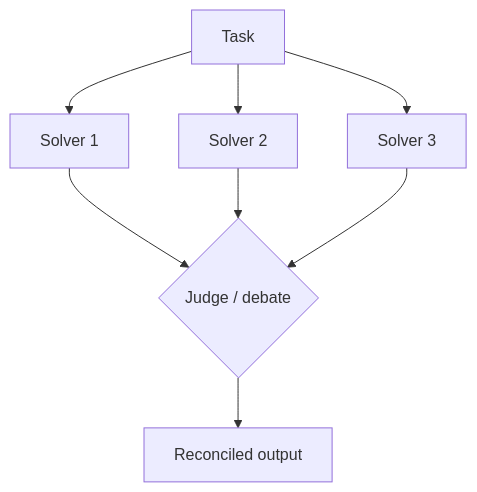
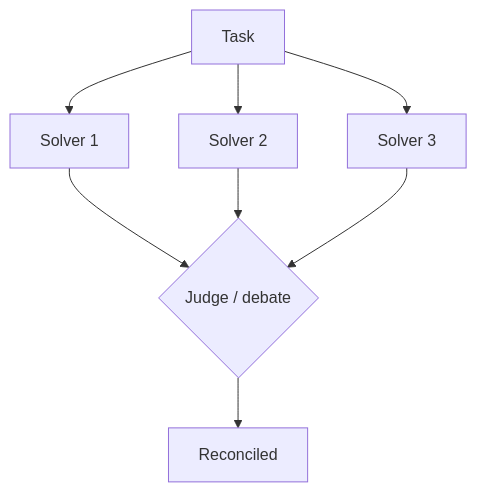
Before and after one commit to JNK234/claude-dotfiles: the tenth of 14 diagrams in research/autonomous-agent-fleet.md, drawn with Mermaid. The commit also changed other lines of this file, not shown here.

````diff
--- a/research/autonomous-agent-fleet.md
+++ b/research/autonomous-agent-fleet.md
@@ -343,5 +294,4 @@
 ```mermaid
 flowchart TB
-  Task-->a1[Solver 1] & a2[Solver 2] & a3[Solver 3]
-  a1 & a2 & a3-->J{Judge / debate}-->Out[Reconciled output]
+  Task-->a1[Solver 1] & a2[Solver 2] & a3[Solver 3]-->J{Judge / debate}-->Out[Reconciled]
 ```
````
